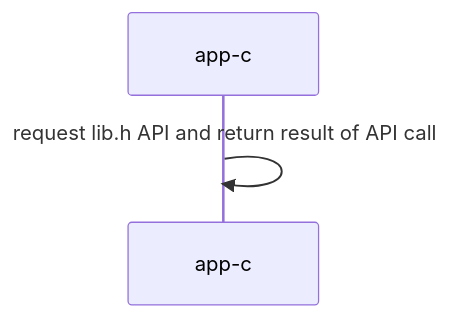
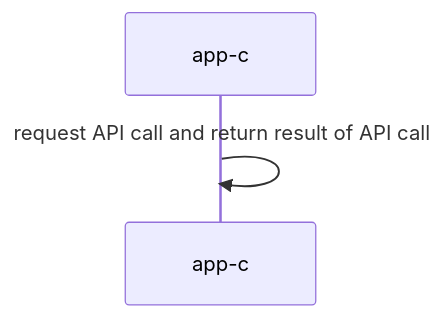
The diagram in centralizado-monolitico/README.md (acaldero/uc3m_sd), drawn with Mermaid before and after one commit. The commit also changed other lines of this file and 4 other files, not shown here.

````diff
--- a/centralizado-monolitico/README.md
+++ b/centralizado-monolitico/README.md
@@ -55,4 +40,4 @@
 ```mermaid
 sequenceDiagram
-    app-c   ->> app-c: request lib.h API and return result of API call
+    app-c ->> app-c: request API call and return result of API call
 ```
````
